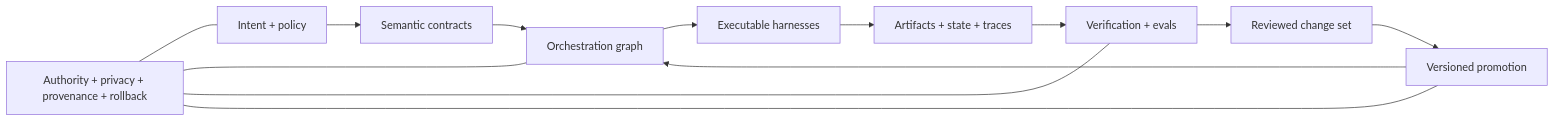
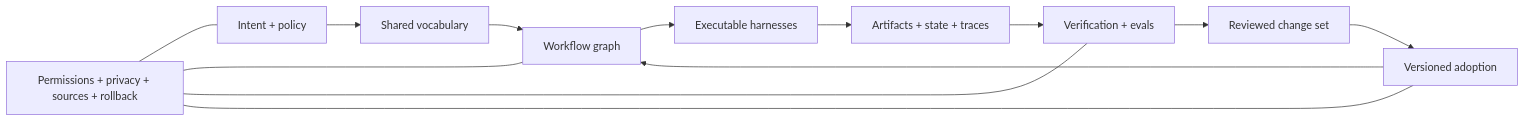
The diagram in guides/from-prompts-to-compounding-systems.md (jremick/codexmaxxing), drawn with Mermaid before and after one commit. The commit also changed other lines of this file and 38 other files, not shown here.

````diff
--- a/guides/from-prompts-to-compounding-systems.md
+++ b/guides/from-prompts-to-compounding-systems.md
@@ -36,15 +36,15 @@
 ```mermaid
 flowchart LR
-  A["Intent + policy"] --> B["Semantic contracts"]
-  B --> C["Orchestration graph"]
+  A["Intent + policy"] --> B["Shared vocabulary"]
+  B --> C["Workflow graph"]
   C --> D["Executable harnesses"]
   D --> E["Artifacts + state + traces"]
   E --> F["Verification + evals"]
   F --> G["Reviewed change set"]
-  G --> H["Versioned promotion"]
+  G --> H["Versioned adoption"]
   H --> C
-  I["Authority + privacy + provenance + rollback"] --- A
+  I["Permissions + privacy + sources + rollback"] --- A
   I --- C
   I --- F
   I --- H
 ```
````
